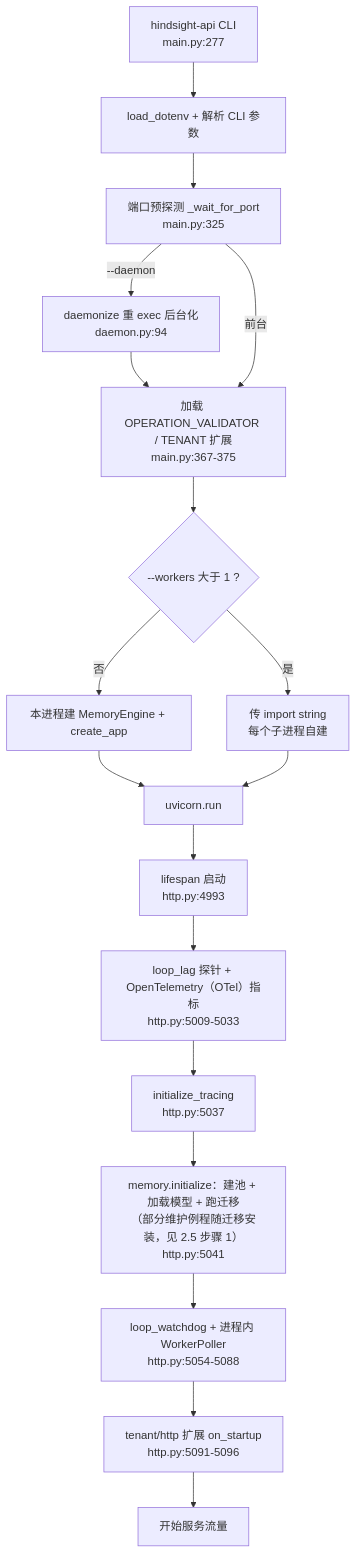
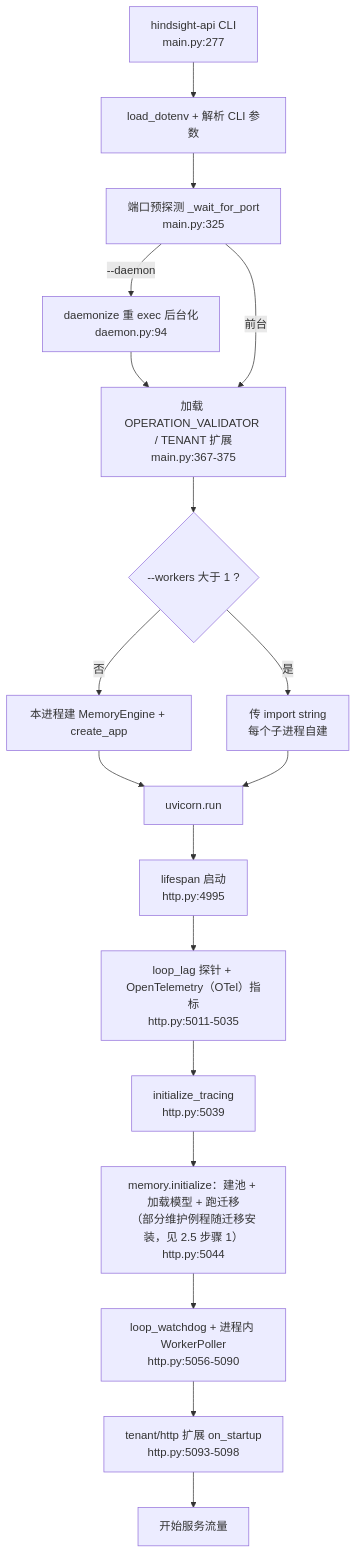
The second of 7 diagrams in docs/hindsight/source-study/06-api-层与服务形态.md (stefanv5/memory-platform-architecture), drawn with Mermaid before and after one commit. The commit also changed other lines of this file and 8 other files, not shown here.

````diff
--- a/docs/hindsight/source-study/06-api-层与服务形态.md
+++ b/docs/hindsight/source-study/06-api-层与服务形态.md
@@ -165,20 +165,20 @@
 ```mermaid
 flowchart TD
     A["hindsight-api CLI<br/>main.py:277"] --> B["load_dotenv + 解析 CLI 参数"]
     B --> C["端口预探测 _wait_for_port<br/>main.py:325"]
     C -->|"--daemon"| D["daemonize 重 exec 后台化<br/>daemon.py:94"]
     D --> E
     C -->|"前台"| E["加载 OPERATION_VALIDATOR / TENANT 扩展<br/>main.py:367-375"]
     E --> F{"--workers 大于 1 ?"}
     F -->|"否"| G["本进程建 MemoryEngine + create_app"]
     F -->|"是"| H["传 import string<br/>每个子进程自建"]
     G --> I["uvicorn.run"]
     H --> I
-    I --> J["lifespan 启动<br/>http.py:4993"]
-    J --> K["loop_lag 探针 + OpenTelemetry（OTel）指标<br/>http.py:5009-5033"]
-    K --> L["initialize_tracing<br/>http.py:5037"]
-    L --> M["memory.initialize：建池 + 加载模型 + 跑迁移<br/>（部分维护例程随迁移安装，见 2.5 步骤 1）<br/>http.py:5041"]
-    M --> N["loop_watchdog + 进程内 WorkerPoller<br/>http.py:5054-5088"]
-    N --> O["tenant/http 扩展 on_startup<br/>http.py:5091-5096"]
+    I --> J["lifespan 启动<br/>http.py:4995"]
+    J --> K["loop_lag 探针 + OpenTelemetry（OTel）指标<br/>http.py:5011-5035"]
+    K --> L["initialize_tracing<br/>http.py:5039"]
+    L --> M["memory.initialize：建池 + 加载模型 + 跑迁移<br/>（部分维护例程随迁移安装，见 2.5 步骤 1）<br/>http.py:5044"]
+    M --> N["loop_watchdog + 进程内 WorkerPoller<br/>http.py:5056-5090"]
+    N --> O["tenant/http 扩展 on_startup<br/>http.py:5093-5098"]
     O --> P["开始服务流量"]
 ```
````
